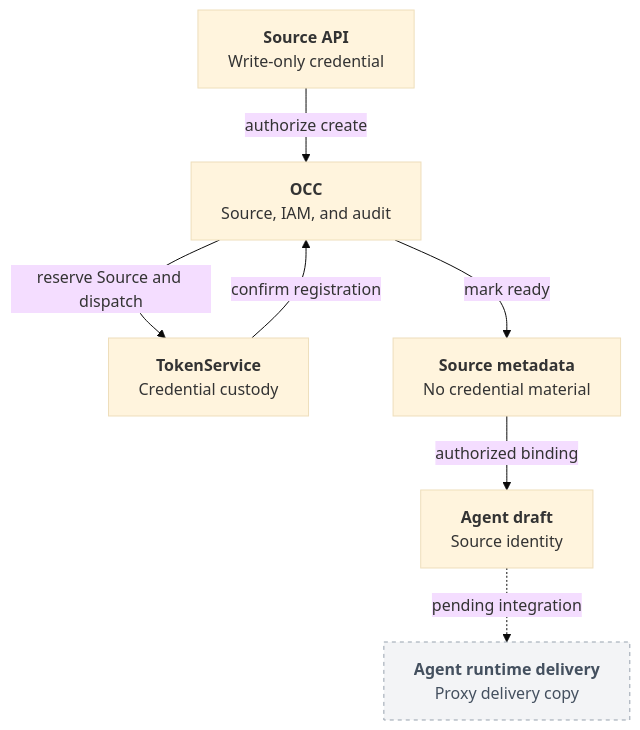
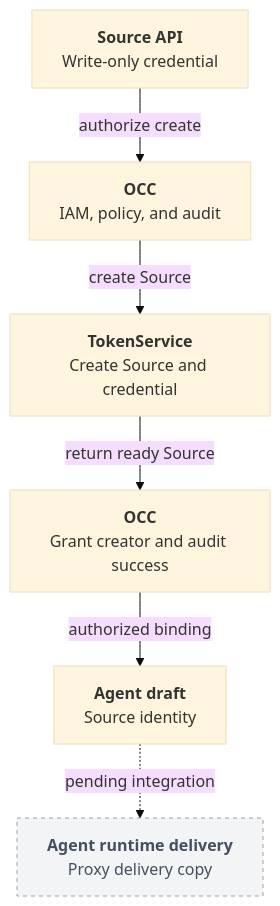
The diagram in docs/flows/credential-source-lifecycle.md (openclaw/openclaw-enterprise), drawn with Mermaid (base theme) before and after one commit. The commit also changed other lines of this file and 33 other files, not shown here.

Commit message:
Let TokenService create and own credential sources

````diff
--- a/docs/flows/credential-source-lifecycle.md
+++ b/docs/flows/credential-source-lifecycle.md
@@ -23,11 +23,10 @@
 ```mermaid
 graph TD
-  API["<b>Source API</b><br/>Write-only credential"] -->|authorize create| OCC["<b>OCC</b><br/>Source, IAM, and audit"]
-  OCC -->|reserve Source and dispatch| Owner["<b>TokenService</b><br/>Credential custody"]
-  Owner -->|confirm registration| OCC
-  OCC -->|mark ready| Source["<b>Source metadata</b><br/>No credential material"]
-  Source -->|authorized binding| Draft["<b>Agent draft</b><br/>Source identity"]
+  API["<b>Source API</b><br/>Write-only credential"] -->|authorize create| OCC["<b>OCC</b><br/>IAM, policy, and audit"]
+  OCC -->|create Source| Owner["<b>TokenService</b><br/>Create Source and credential"]
+  Owner -->|return ready Source| Grants["<b>OCC</b><br/>Grant creator and audit success"]
+  Grants -->|authorized binding| Draft["<b>Agent draft</b><br/>Source identity"]
   Draft -. pending integration .-> Delivery["<b>Agent runtime delivery</b><br/>Proxy delivery copy"]
   classDef pending fill:#F3F4F6,stroke:#98A2AE,color:#44505F,stroke-dasharray:4 4
   class Delivery pending
 ```
````
